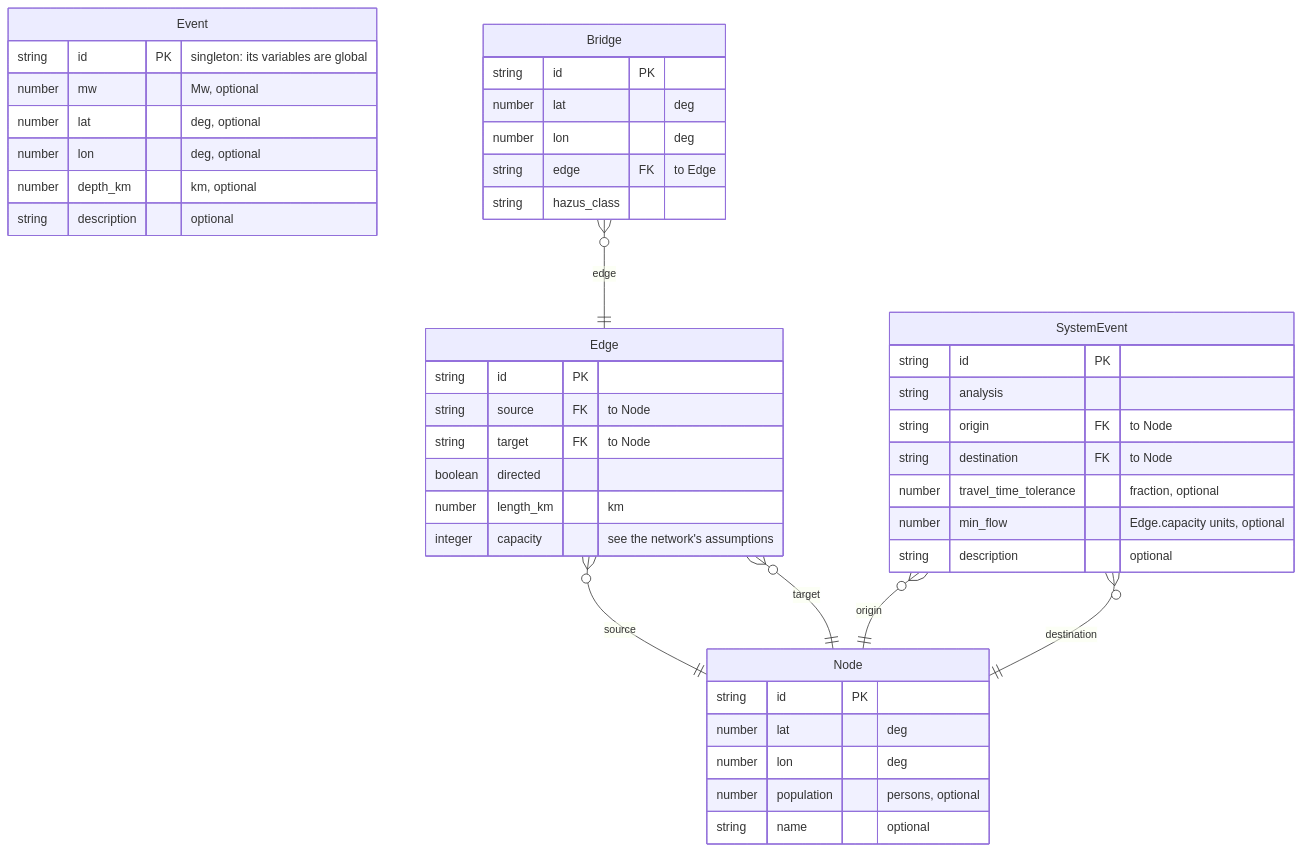
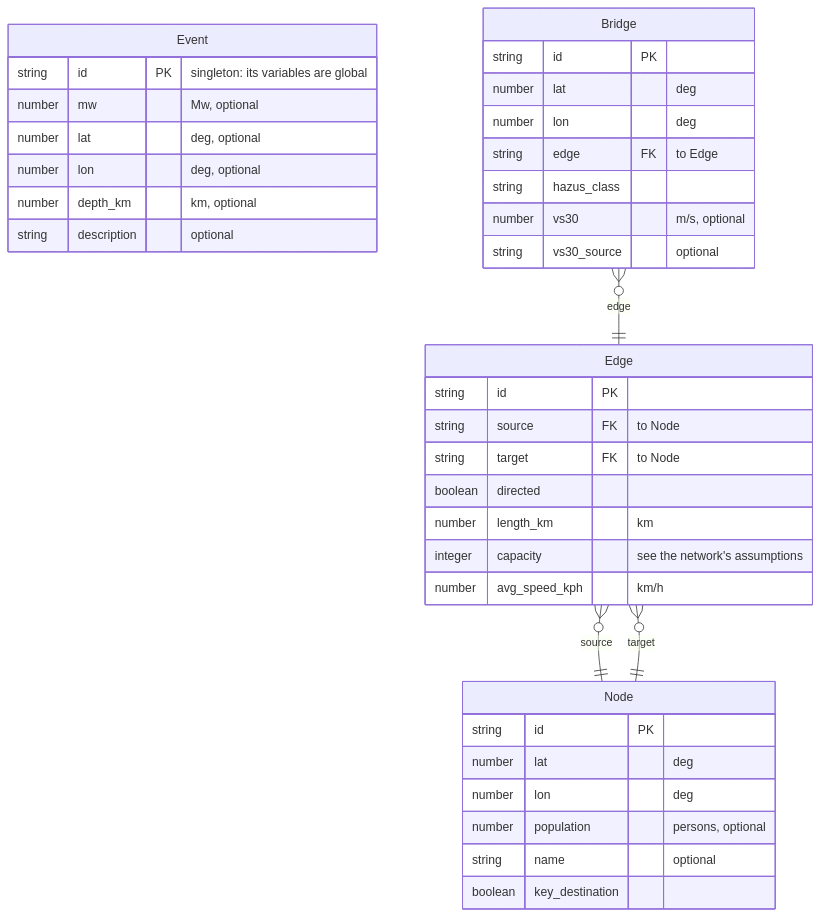
One commit to dynaryu/bn-transport-eq changed the second of 2 diagrams in schema/diagram.md. Above: the diagram before and after it, drawn with Mermaid. The commit also changed other lines of this file and 71 other files, not shown here.

````diff
--- a/schema/diagram.md
+++ b/schema/diagram.md
@@ -100,47 +85,40 @@
 ```mermaid
 erDiagram
     Event {
         string id PK "singleton: its variables are global"
         number mw "Mw, optional"
         number lat "deg, optional"
         number lon "deg, optional"
         number depth_km "km, optional"
         string description "optional"
     }
     Node {
         string id PK
         number lat "deg"
         number lon "deg"
         number population "persons, optional"
         string name "optional"
+        boolean key_destination
     }
     Edge {
         string id PK
         string source FK "to Node"
         string target FK "to Node"
         boolean directed
         number length_km "km"
         integer capacity "see the network's assumptions"
+        number avg_speed_kph "km/h"
     }
     Bridge {
         string id PK
         number lat "deg"
         number lon "deg"
         string edge FK "to Edge"
         string hazus_class
-    }
-    SystemEvent {
-        string id PK
-        string analysis
-        string origin FK "to Node"
-        string destination FK "to Node"
-        number travel_time_tolerance "fraction, optional"
-        number min_flow "Edge.capacity units, optional"
-        string description "optional"
+        number vs30 "m/s, optional"
+        string vs30_source "optional"
     }
     Edge }o--|| Node : source
     Edge }o--|| Node : target
     Bridge }o--|| Edge : edge
-    SystemEvent }o--|| Node : origin
-    SystemEvent }o--|| Node : destination
 ```
````
